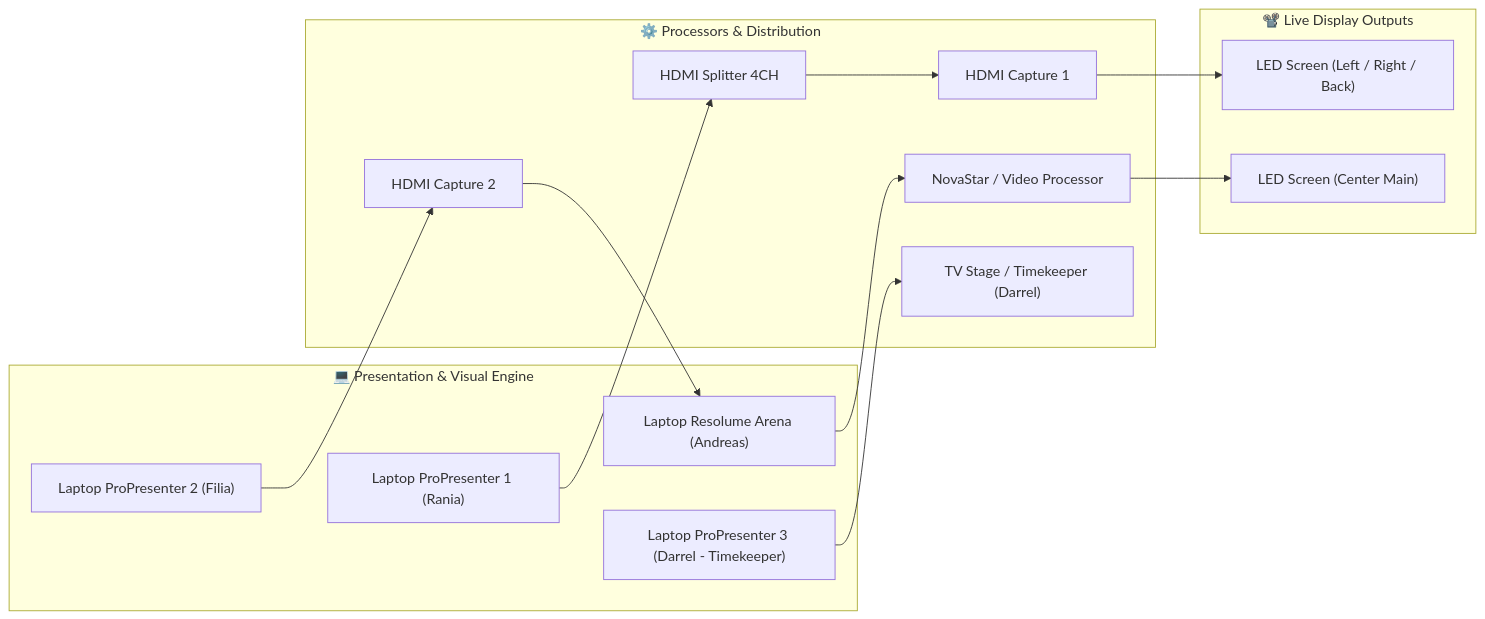
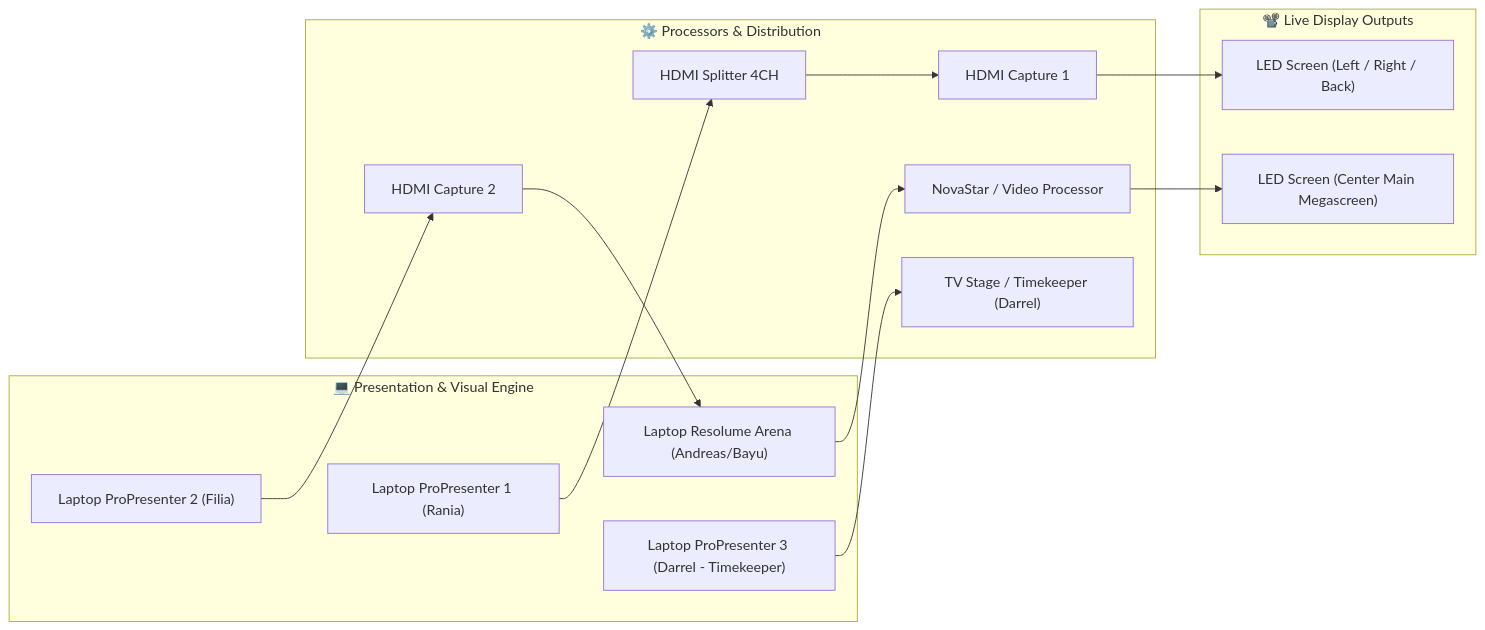
The second of 3 diagrams in README.md (zzdree/ip26-production), drawn with Mermaid before and after one commit. The commit also changed other lines of this file and 2 other files, not shown here.

````diff
--- a/README.md
+++ b/README.md
@@ -120,28 +120,28 @@
 ```mermaid
 graph LR
     subgraph Presentation["💻 Presentation & Visual Engine"]
         PRO1["Laptop ProPresenter 1 (Rania)"]
         PRO2["Laptop ProPresenter 2 (Filia)"]
-        RES["Laptop Resolume Arena (Andreas)"]
+        RES["Laptop Resolume Arena (Andreas/Bayu)"]
         PRO3["Laptop ProPresenter 3 (Darrel - Timekeeper)"]
     end
 
     subgraph Processing["⚙️ Processors & Distribution"]
         SplitterPRO["HDMI Splitter 4CH"]
         CaptureCard1["HDMI Capture 1"]
         CaptureCard2["HDMI Capture 2"]
         Nova["NovaStar / Video Processor"]
         TVTK["TV Stage / Timekeeper (Darrel)"]
     end
 
     subgraph Outputs["📽️ Live Display Outputs"]
         LED_Sides["LED Screen (Left / Right / Back)"]
-        LED_Center["LED Screen (Center Main)"]
+        LED_Center["LED Screen (Center Main Megascreen)"]
     end
 
     PRO1 --> SplitterPRO
     SplitterPRO --> CaptureCard1 --> LED_Sides
     PRO2 --> CaptureCard2 --> RES
     RES --> Nova --> LED_Center
     PRO3 --> TVTK
 ```
````
